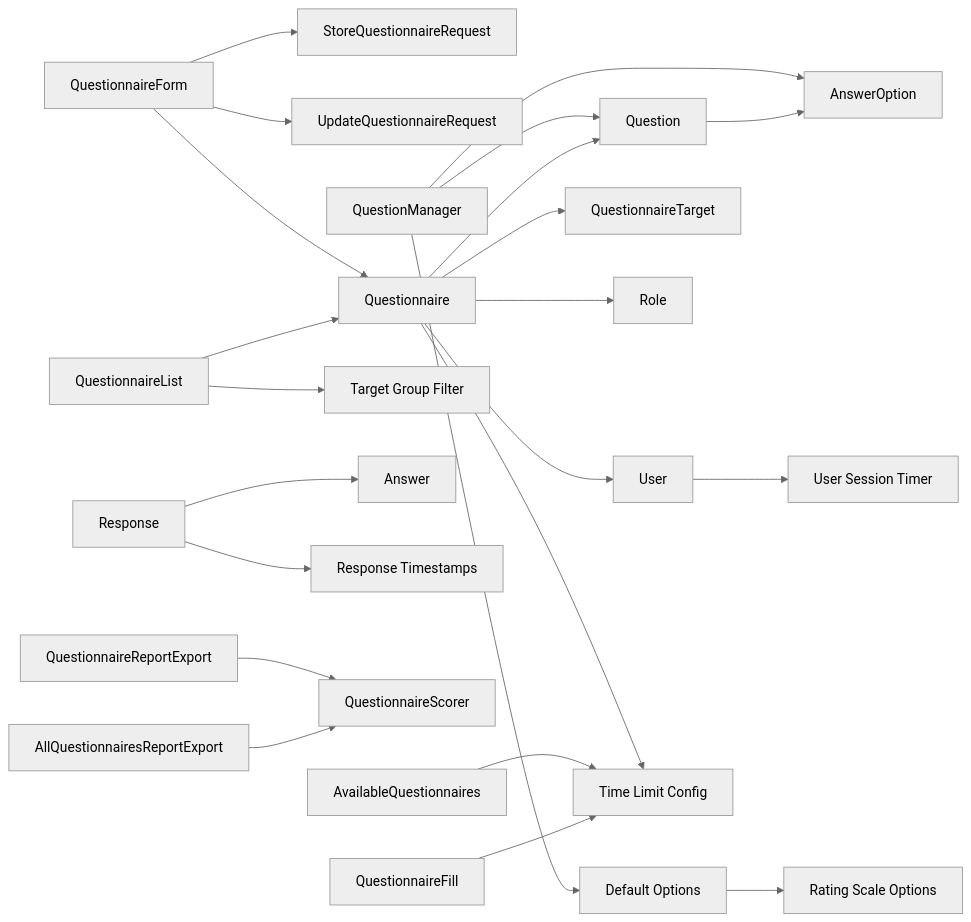
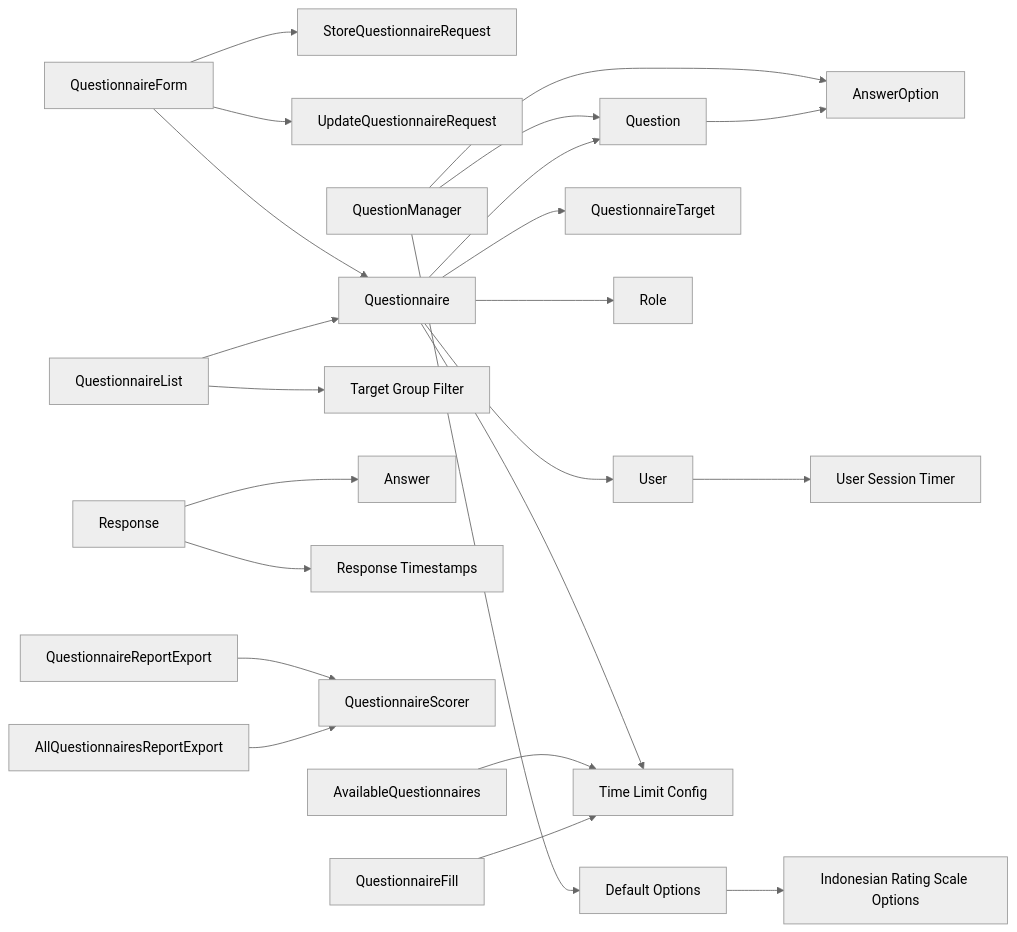
One commit to rudicatsmile/assesment360 changed the tenth of 10 diagrams in .qoder/repowiki/en/content/Core Features/Questionnaire Management/Questionnaire Management.md. Above: the diagram before and after it, drawn with Mermaid (neutral theme). The commit also changed other lines of this file and 10 other files, not shown here.

````diff
--- a/.qoder/repowiki/en/content/Core Features/Questionnaire Management/Questionnaire Management.md
+++ b/.qoder/repowiki/en/content/Core Features/Questionnaire Management/Questionnaire Management.md
@@ -704,25 +707,25 @@
 ```mermaid
 graph LR
 QF["QuestionnaireForm"] --> SR["StoreQuestionnaireRequest"]
 QF --> UR["UpdateQuestionnaireRequest"]
 QF --> Q["Questionnaire"]
 QM["QuestionManager"] --> Qs["Question"]
 QM --> AO["AnswerOption"]
 QM --> DO["Default Options"]
 QL["QuestionnaireList"] --> Q["Questionnaire"]
 QL --> TG["Target Group Filter"]
 Q --> Qs
 Q --> QT["QuestionnaireTarget"]
 Q --> RQT["Role"]
 Q --> U["User"]
 Q --> TL["Time Limit Config"]
 Qs --> AO
 R["Response"] --> A["Answer"]
 R --> RT["Response Timestamps"]
 U --> US["User Session Timer"]
 QE["QuestionnaireReportExport"] --> SC["QuestionnaireScorer"]
 AE["AllQuestionnairesReportExport"] --> SC
 AQ["AvailableQuestionnaires"] --> TL
 QFill["QuestionnaireFill"] --> TL
-DO --> RS["Rating Scale Options"]
+DO --> RS["Indonesian Rating Scale Options"]
 ```
````
